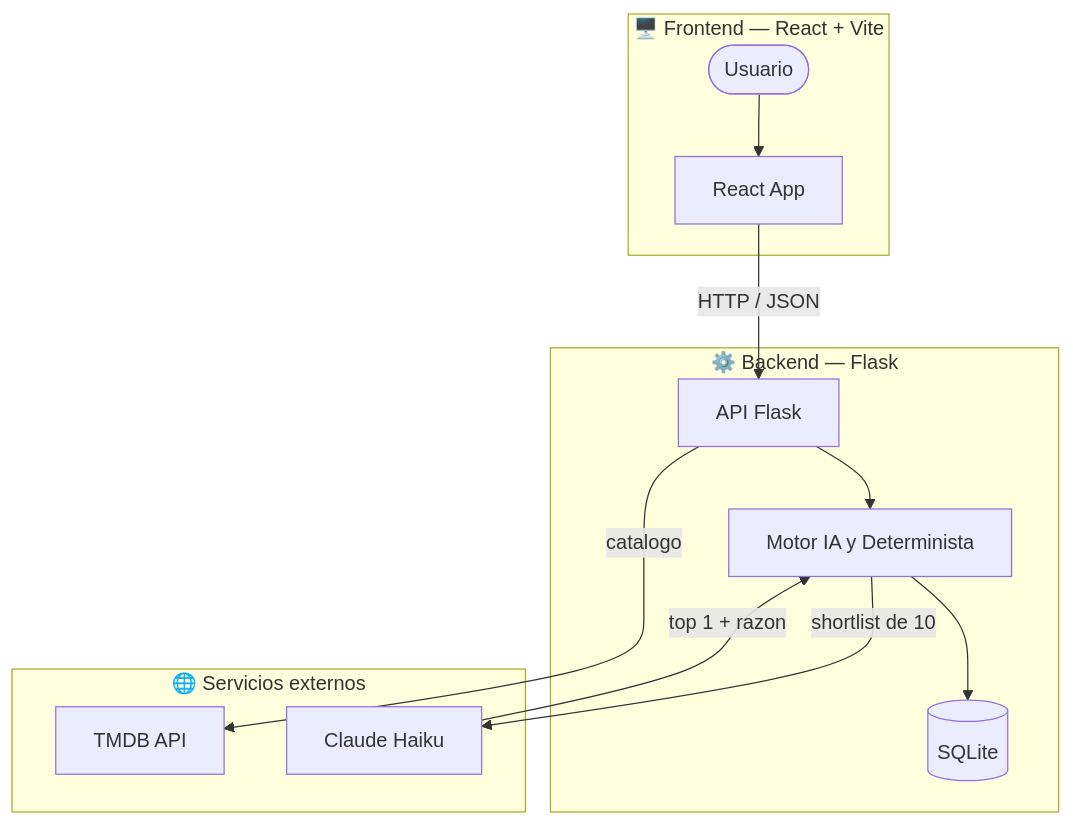
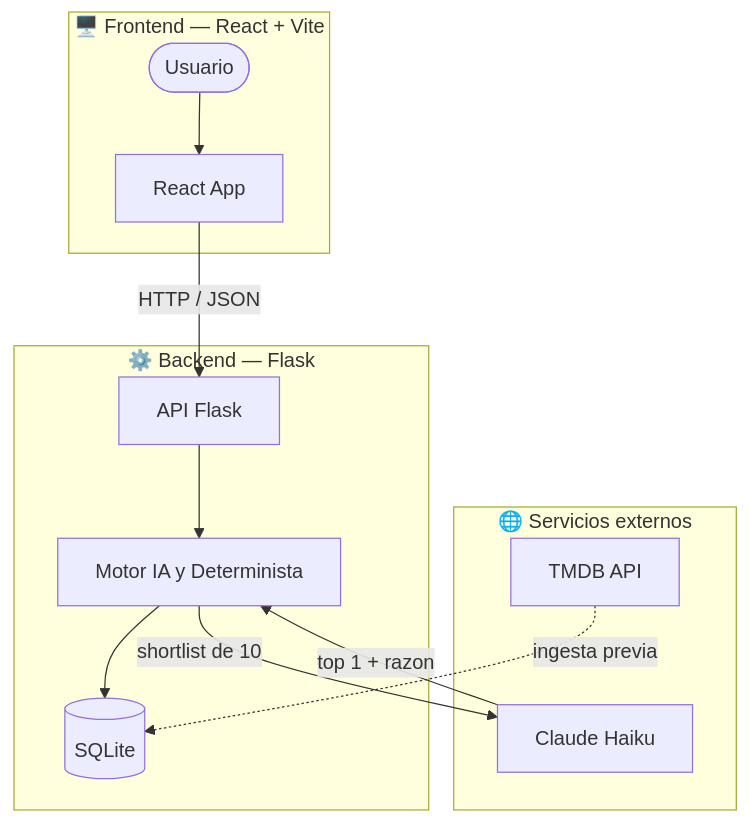
Before and after one commit to riverohj/moodfix: the first of 2 diagrams in README.md, drawn with Mermaid. The commit also changed other lines of this file, not shown here.

````diff
--- a/README.md
+++ b/README.md
@@ -52,26 +52,26 @@
 ```mermaid
 flowchart TD
     subgraph FE["🖥️ Frontend — React + Vite"]
         U([Usuario])
         R[React App]
     end
 
     subgraph BE["⚙️ Backend — Flask"]
         A[API Flask]
         M[Motor IA y Determinista]
         D[(SQLite)]
     end
 
     subgraph EX["🌐 Servicios externos"]
         T[TMDB API]
         C[Claude Haiku]
     end
 
     U --> R
     R -->|HTTP / JSON| A
     A --> M
     M --> D
     M -->|shortlist de 10| C
     C -->|top 1 + razon| M
-    A -->|catalogo| T
+    T -.->|ingesta previa| D
 ```
````
